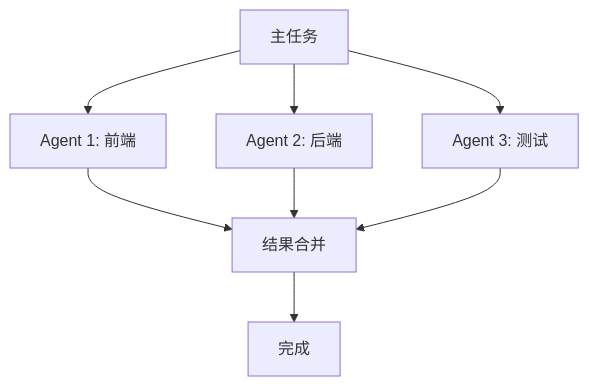
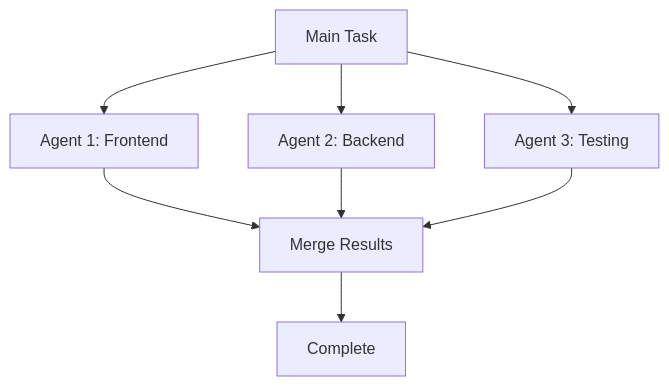
Before and after one commit to DDR187/cursor-howto: the third of 5 diagrams in 07-advanced-features/README.md, drawn with Mermaid. The commit also changed other lines of this file and 22 other files, not shown here.

````diff
--- a/07-advanced-features/README.md
+++ b/07-advanced-features/README.md
@@ -117,12 +117,12 @@
 ```mermaid
 flowchart TB
-    A[主任务] --> B[Agent 1: 前端]
-    A --> C[Agent 2: 后端]
-    A --> D[Agent 3: 测试]
+    A[Main Task] --> B[Agent 1: Frontend]
+    A --> C[Agent 2: Backend]
+    A --> D[Agent 3: Testing]
     
-    B --> E[结果合并]
+    B --> E[Merge Results]
     C --> E
     D --> E
     
-    E --> F[完成]
+    E --> F[Complete]
 ```
````
